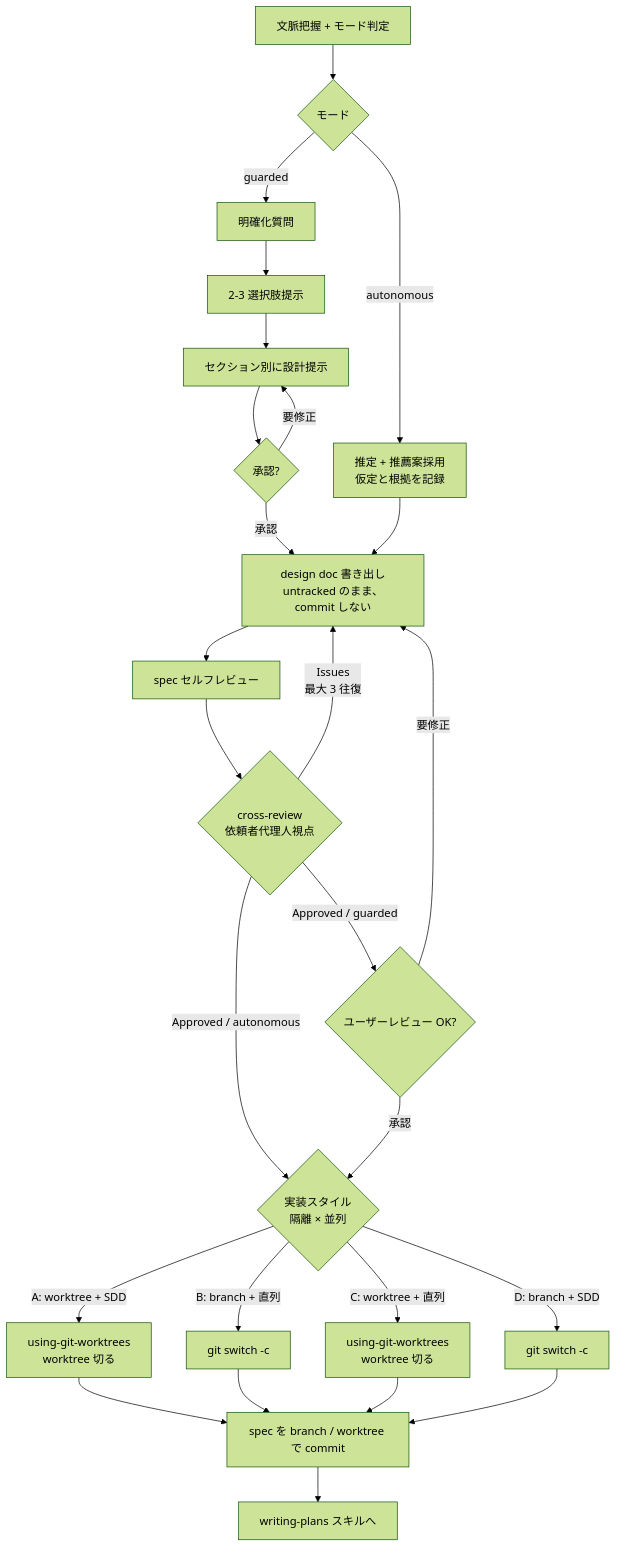
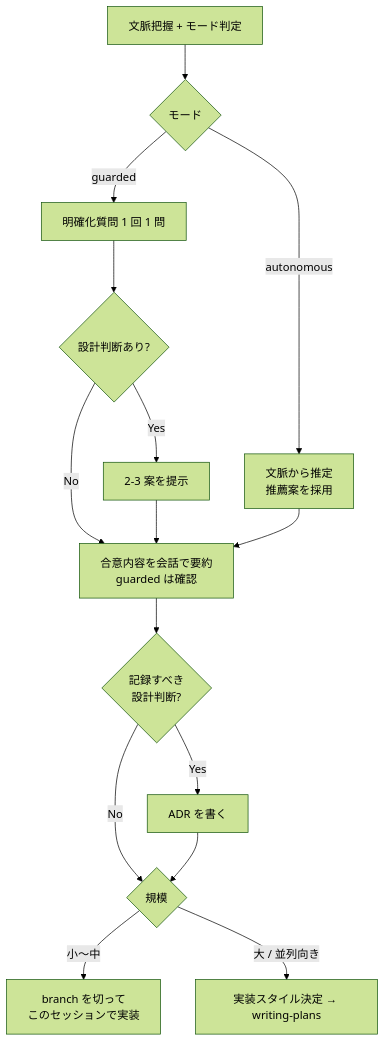
The diagram in brainstorming/SKILL.md (trapple/skills), drawn with Mermaid (forest theme) before and after one commit. The commit also changed other lines of this file and 9 other files, not shown here.

First line of the commit message:
refactor(brainstorming): spec 作成をやめ、設計判断は ADR に残す

````diff
--- a/brainstorming/SKILL.md
+++ b/brainstorming/SKILL.md
@@ -42,28 +43,17 @@
 ```mermaid
 flowchart TD
     A[文脈把握 + モード判定] --> MODE{モード}
-    MODE -->|guarded| B[明確化質問]
-    B --> C[2-3 選択肢提示]
-    C --> D[セクション別に設計提示]
-    D --> E{承認?}
-    E -->|要修正| D
-    E -->|承認| F[design doc 書き出し<br/>untracked のまま、commit しない]
-    MODE -->|autonomous| AF[推定 + 推薦案採用<br/>仮定と根拠を記録]
-    AF --> F
-    F --> G[spec セルフレビュー]
-    G --> X{cross-review<br/>依頼者代理人視点}
-    X -->|Issues<br/>最大 3 往復| F
-    X -->|Approved / guarded| H{ユーザーレビュー OK?}
-    X -->|Approved / autonomous| I
-    H -->|要修正| F
-    H -->|承認| I{実装スタイル<br/>隔離 × 並列}
-    I -->|A: worktree + SDD| J[using-git-worktrees<br/>worktree 切る]
-    I -->|B: branch + 直列| K[git switch -c]
-    I -->|C: worktree + 直列| M[using-git-worktrees<br/>worktree 切る]
-    I -->|D: branch + SDD| N[git switch -c]
-    J --> P[spec を branch / worktree で commit]
-    K --> P
-    M --> P
-    N --> P
-    P --> L[writing-plans スキルへ]
+    MODE -->|guarded| B[明確化質問 1 回 1 問]
+    MODE -->|autonomous| AF[文脈から推定<br/>推薦案を採用]
+    B --> C{設計判断あり?}
+    C -->|Yes| D[2-3 案を提示]
+    C -->|No| S
+    D --> S[合意内容を会話で要約<br/>guarded は確認]
+    AF --> S
+    S --> R{記録すべき<br/>設計判断?}
+    R -->|Yes| ADR[ADR を書く]
+    R -->|No| H
+    ADR --> H{規模}
+    H -->|小〜中| I[branch を切って<br/>このセッションで実装]
+    H -->|大 / 並列向き| W[実装スタイル決定 → writing-plans]
 ```
````
